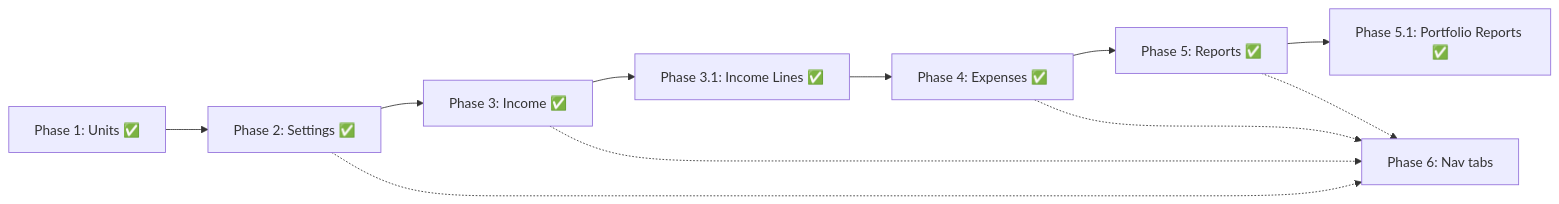
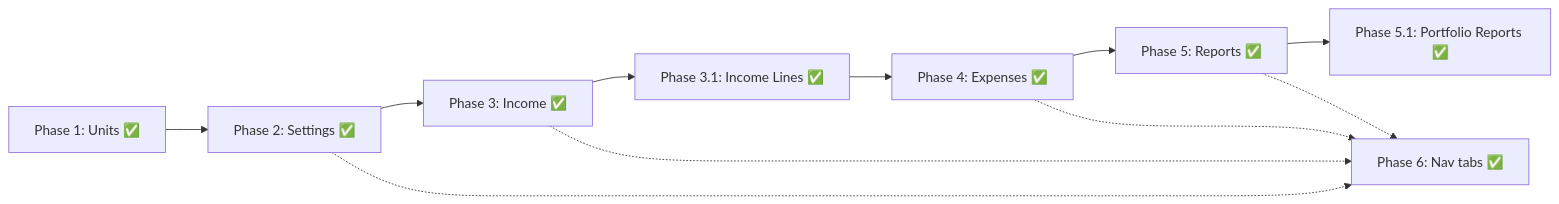
Before and after one commit to kurucaner/tenanto: the diagram in docs/PROPERTY_ACCOUNTING_PHASES.md, drawn with Mermaid. The commit also changed other lines of this file and 39 other files, not shown here.

````diff
--- a/docs/PROPERTY_ACCOUNTING_PHASES.md
+++ b/docs/PROPERTY_ACCOUNTING_PHASES.md
@@ -289,16 +315,16 @@
 ```mermaid
 flowchart LR
   P1["Phase 1: Units ✅"]
   P2["Phase 2: Settings ✅"]
   P3["Phase 3: Income ✅"]
   P31["Phase 3.1: Income Lines ✅"]
   P4["Phase 4: Expenses ✅"]
   P5["Phase 5: Reports ✅"]
   P51["Phase 5.1: Portfolio Reports ✅"]
-  P6["Phase 6: Nav tabs"]
+  P6["Phase 6: Nav tabs ✅"]
   P1 --> P2 --> P3 --> P31 --> P4 --> P5 --> P51
   P2 -.-> P6
   P3 -.-> P6
   P4 -.-> P6
   P5 -.-> P6
 ```
````
